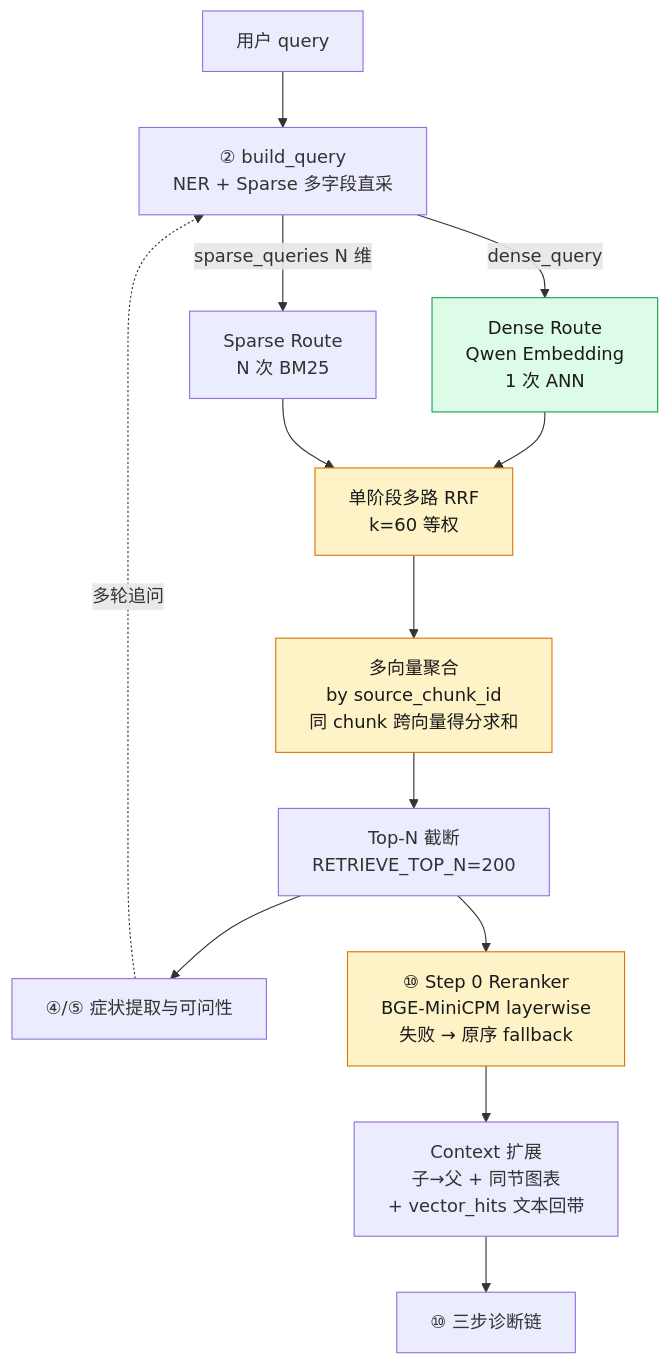
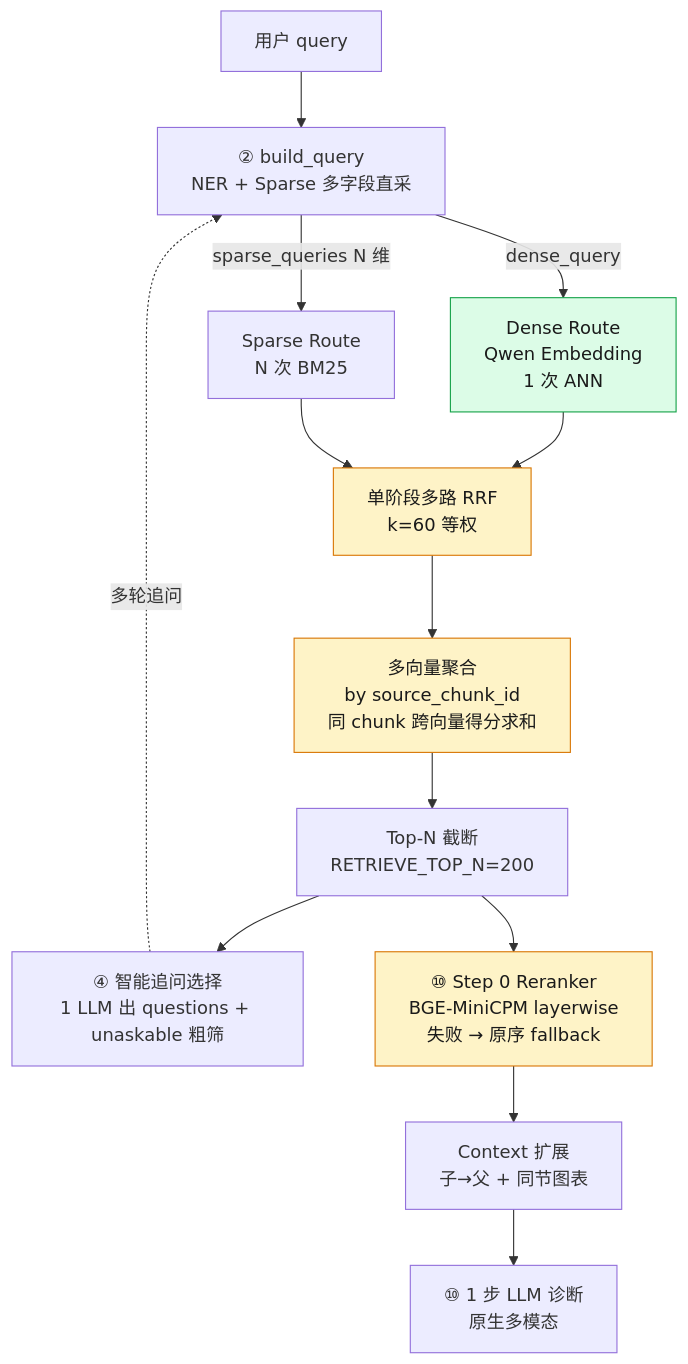
Before and after one commit to Handshakeworm/Agentic-RAG-Diagnose-Assistant: the fifth of 5 diagrams in README.md, drawn with Mermaid. The commit also changed other lines of this file and 7 other files, not shown here.

````diff
--- a/README.md
+++ b/README.md
@@ -403,23 +404,23 @@
 ```mermaid
 flowchart TD
     Q[用户 query] --> BQ[② build_query<br/>NER + Sparse 多字段直采]
     BQ -->|dense_query| DE[Dense Route<br/>Qwen Embedding<br/>1 次 ANN]
     BQ -->|sparse_queries N 维| SP[Sparse Route<br/>N 次 BM25]
 
     DE --> RRF[单阶段多路 RRF<br/>k=60 等权]
     SP --> RRF
 
     RRF --> AGG[多向量聚合<br/>by source_chunk_id<br/>同 chunk 跨向量得分求和]
     AGG --> TOP[Top-N 截断<br/>RETRIEVE_TOP_N=200]
-    TOP --> EXT[④/⑤ 症状提取与可问性]
+    TOP --> EXT[④ 智能追问选择<br/>1 LLM 出 questions + unaskable 粗筛]
     EXT -.多轮追问.-> BQ
 
     TOP --> RR[⑩ Step 0 Reranker<br/>BGE-MiniCPM layerwise<br/>失败 → 原序 fallback]
-    RR --> EXP[Context 扩展<br/>子→父 + 同节图表<br/>+ vector_hits 文本回带]
-    EXP --> DG[⑩ 三步诊断链]
+    RR --> EXP[Context 扩展<br/>子→父 + 同节图表]
+    EXP --> DG[⑩ 1 步 LLM 诊断<br/>原生多模态]
 
     classDef gpu fill:#dcfce7,stroke:#16a34a,color:#1a1a1a
     classDef key fill:#fef3c7,stroke:#d97706,color:#1a1a1a
     class DE,RR gpu
     class RRF,AGG,RR key
 ```
````
